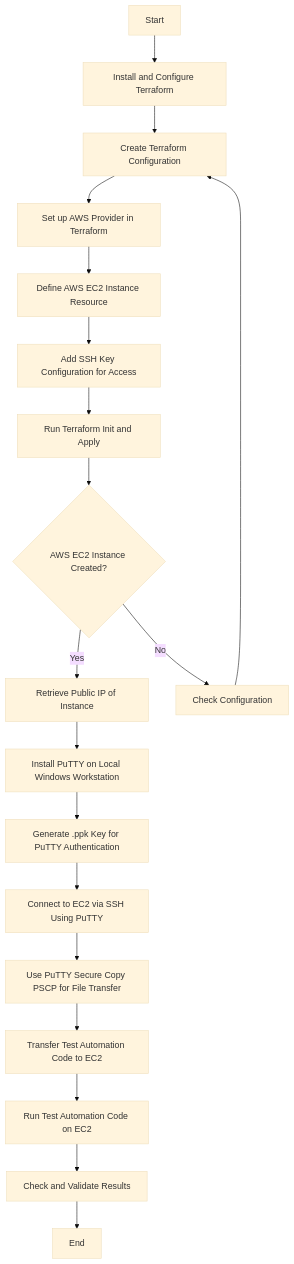
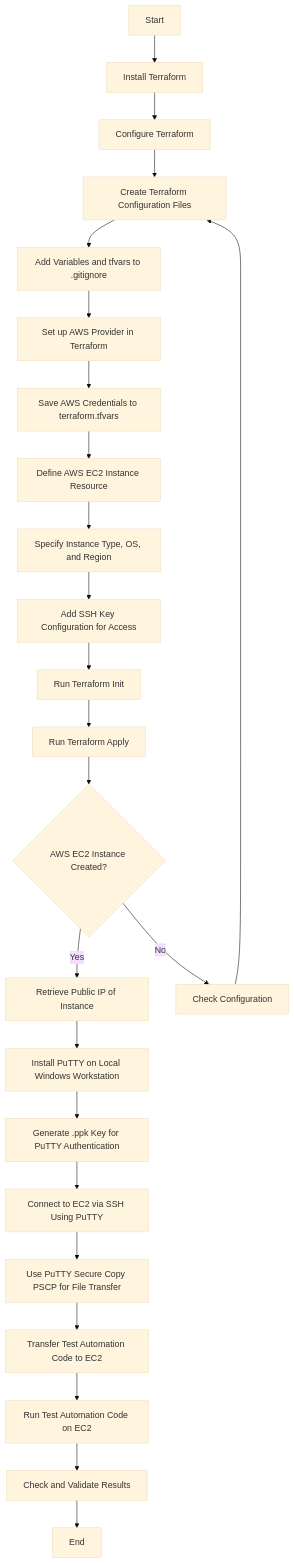
Before and after one commit to rifaterdemsahin/Putty: the diagram in Journey/roadmapLocal.md, drawn with Mermaid (base theme). The commit also changed 15 other files, not shown here.

Commit message:
Local Workstation Windows commit

````diff
--- a/Journey/roadmapLocal.md
+++ b/Journey/roadmapLocal.md
@@ -6,22 +6,27 @@
 ```mermaid
 graph TD
-    A[Start] --> B[Install and Configure Terraform]
-    B --> C[Create Terraform Configuration]
-    C --> D[Set up AWS Provider in Terraform]
-    D --> E[Define AWS EC2 Instance Resource]
-    E --> F[Add SSH Key Configuration for Access]
-    F --> G[Run Terraform Init and Apply]
-    G --> H{AWS EC2 Instance Created?}
-    H -->|Yes| I[Retrieve Public IP of Instance]
-    H -->|No| Z[Check Configuration]
-    I --> J[Install PuTTY on Local Windows Workstation]
-    J --> K[Generate .ppk Key for PuTTY Authentication]
-    K --> L[Connect to EC2 via SSH Using PuTTY]
-    L --> M[Use PuTTY Secure Copy PSCP for File Transfer]
-    M --> N[Transfer Test Automation Code to EC2]
-    N --> O[Run Test Automation Code on EC2]
-    O --> P[Check and Validate Results]
-    P --> Q[End]
+    A[Start] --> B[Install Terraform]
+    B --> C[Configure Terraform]
+    C --> D[Create Terraform Configuration Files]
+    D --> E[Add Variables and tfvars to .gitignore]
+    E --> F[Set up AWS Provider in Terraform]
+    F --> G[Save AWS Credentials to terraform.tfvars]
+    G --> H[Define AWS EC2 Instance Resource]
+    H --> I[Specify Instance Type, OS, and Region]
+    I --> J[Add SSH Key Configuration for Access]
+    J --> K[Run Terraform Init]
+    K --> L[Run Terraform Apply]
+    L --> M{AWS EC2 Instance Created?}
+    M -->|Yes| N[Retrieve Public IP of Instance]
+    M -->|No| Z[Check Configuration]
+    N --> O[Install PuTTY on Local Windows Workstation]
+    O --> P[Generate .ppk Key for PuTTY Authentication]
+    P --> Q[Connect to EC2 via SSH Using PuTTY]
+    Q --> R[Use PuTTY Secure Copy PSCP for File Transfer]
+    R --> S[Transfer Test Automation Code to EC2]
+    S --> T[Run Test Automation Code on EC2]
+    T --> U[Check and Validate Results]
+    U --> V[End]
 
-    Z --> C
+    Z --> D
 ```
````
